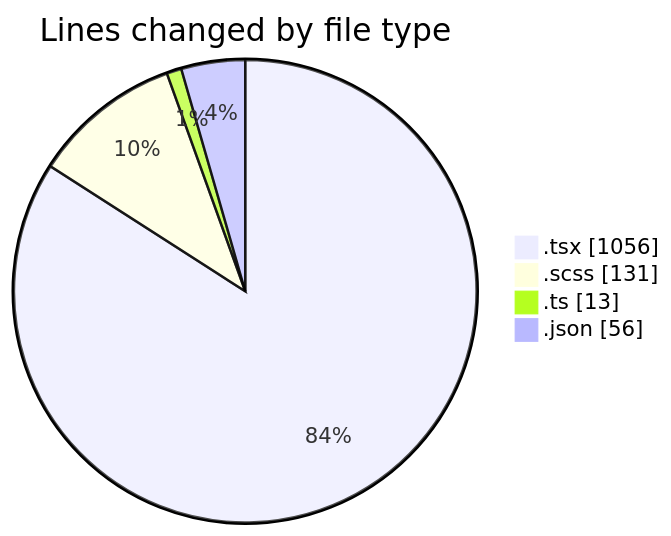
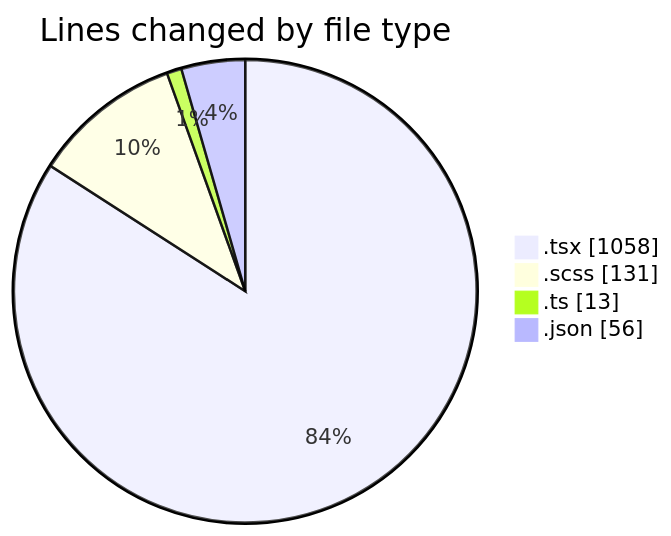
Before and after one commit to momahboobian/code-tracking: the first of 2 diagrams in 2026-10-30/cda/README.md, drawn with Mermaid. The commit also changed other lines of this file and 1 other file, not shown here.

````diff
--- a/2026-10-30/cda/README.md
+++ b/2026-10-30/cda/README.md
@@ -32,8 +32,8 @@
 ```mermaid
 pie showData
 title Lines changed by file type
-".tsx" : 1056
+".tsx" : 1058
 ".scss" : 131
 ".ts" : 13
 ".json" : 56
 ```
````
